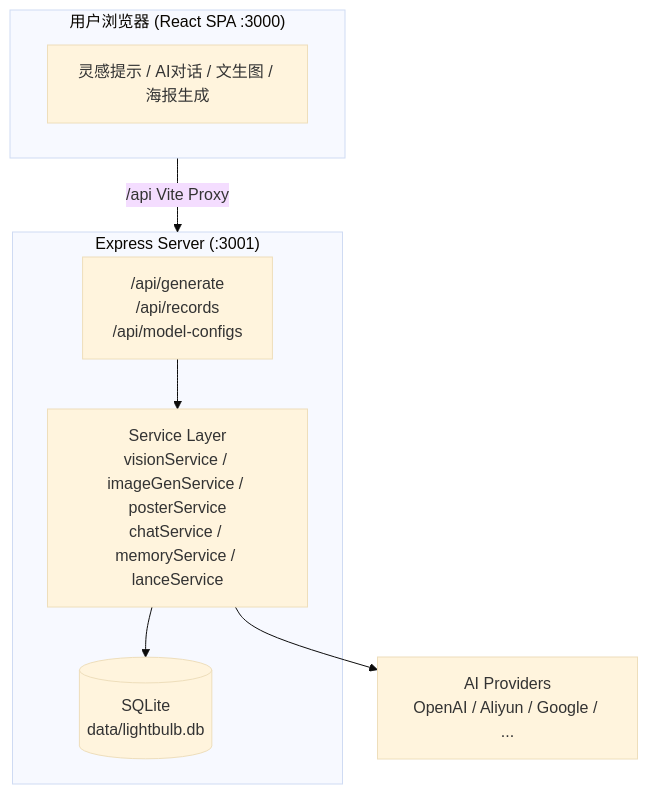
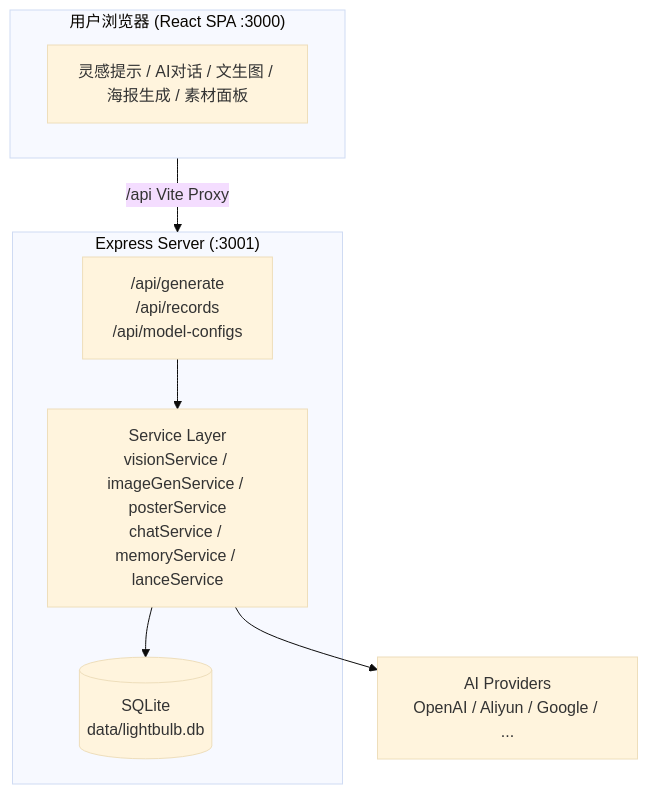
The first of 10 diagrams in DEVELOPER.md (LavaTap/Lightbulb-AI), drawn with Mermaid (base theme) before and after one commit. The commit also changed other lines of this file and 13 other files, not shown here.

````diff
--- a/DEVELOPER.md
+++ b/DEVELOPER.md
@@ -59,16 +62,16 @@
 ```mermaid
 graph TB
     subgraph Browser["用户浏览器 (React SPA :3000)"]
-        Pages["灵感提示 / AI对话 / 文生图 / 海报生成"]
+        Pages["灵感提示 / AI对话 / 文生图 / 海报生成 / 素材面板"]
     end
     Browser -->|"/api" Vite Proxy| Server["Express Server (:3001)"]
     
     subgraph Server["Express Server (:3001)"]
         Routes["/api/generate<br/>/api/records<br/>/api/model-configs"]
         Services["Service Layer<br/>visionService / imageGenService / posterService<br/>chatService / memoryService / lanceService"]
         DB[("SQLite<br/>data/lightbulb.db")]
         Routes --> Services --> DB
     end
     
     Services --> AI["AI Providers<br/>OpenAI / Aliyun / Google / ..."]
 ```
````
